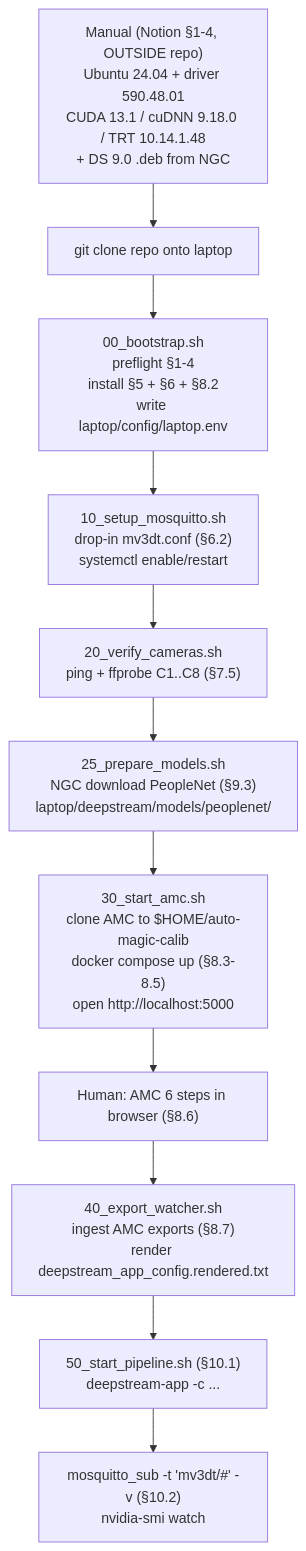
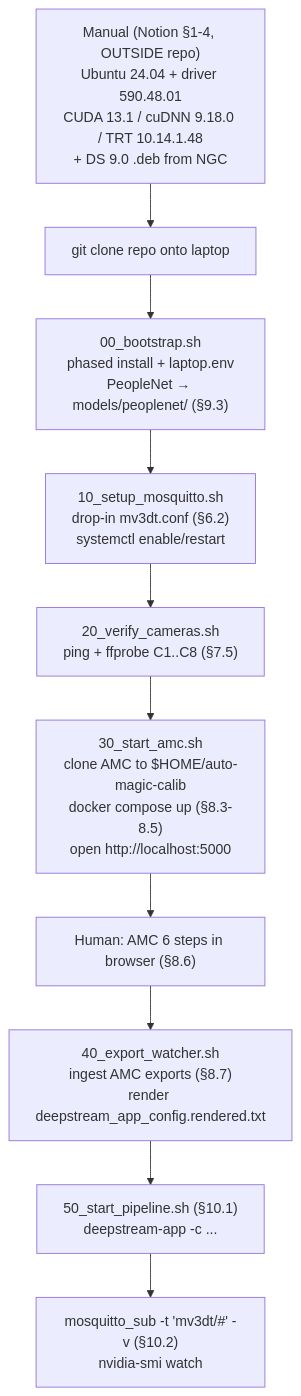
The diagram in laptop/docs/SCRIPTED-WORKFLOW.md (KevinTTO5/P2BP-25_26-Hardware_Test), drawn with Mermaid before and after one commit. The commit also changed other lines of this file and 12 other files, not shown here.

````diff
--- a/laptop/docs/SCRIPTED-WORKFLOW.md
+++ b/laptop/docs/SCRIPTED-WORKFLOW.md
@@ -67,13 +68,12 @@
 ```mermaid
 flowchart TD
   N1["Manual (Notion §1-4, OUTSIDE repo)<br/>Ubuntu 24.04 + driver 590.48.01<br/>CUDA 13.1 / cuDNN 9.18.0 / TRT 10.14.1.48<br/>+ DS 9.0 .deb from NGC"] --> C["git clone repo onto laptop"]
-  C --> B["00_bootstrap.sh<br/>preflight §1-4<br/>install §5 + §6 + §8.2<br/>write laptop/config/laptop.env"]
+  C --> B["00_bootstrap.sh<br/>phased install + laptop.env<br/>PeopleNet → models/peoplenet/ (§9.3)"]
   B --> M["10_setup_mosquitto.sh<br/>drop-in mv3dt.conf (§6.2)<br/>systemctl enable/restart"]
   M --> V["20_verify_cameras.sh<br/>ping + ffprobe C1..C8 (§7.5)"]
-  V --> D["25_prepare_models.sh<br/>NGC download PeopleNet (§9.3)<br/>laptop/deepstream/models/peoplenet/"]
-  D --> A["30_start_amc.sh<br/>clone AMC to $HOME/auto-magic-calib<br/>docker compose up (§8.3-8.5)<br/>open http://localhost:5000"]
+  V --> A["30_start_amc.sh<br/>clone AMC to $HOME/auto-magic-calib<br/>docker compose up (§8.3-8.5)<br/>open http://localhost:5000"]
   A --> H["Human: AMC 6 steps in browser (§8.6)"]
   H --> W["40_export_watcher.sh<br/>ingest AMC exports (§8.7)<br/>render deepstream_app_config.rendered.txt"]
   W --> P["50_start_pipeline.sh (§10.1)<br/>deepstream-app -c ..."]
   P --> S["mosquitto_sub -t 'mv3dt/#' -v (§10.2)<br/>nvidia-smi watch"]
 ```
````
